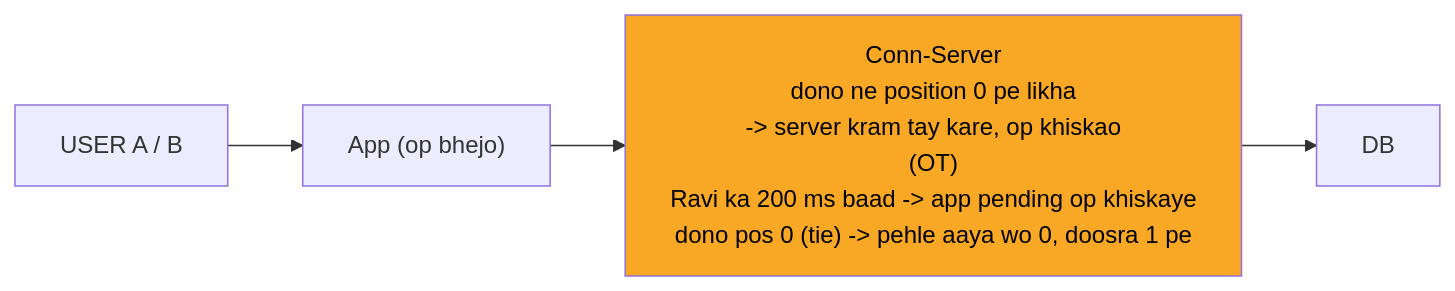
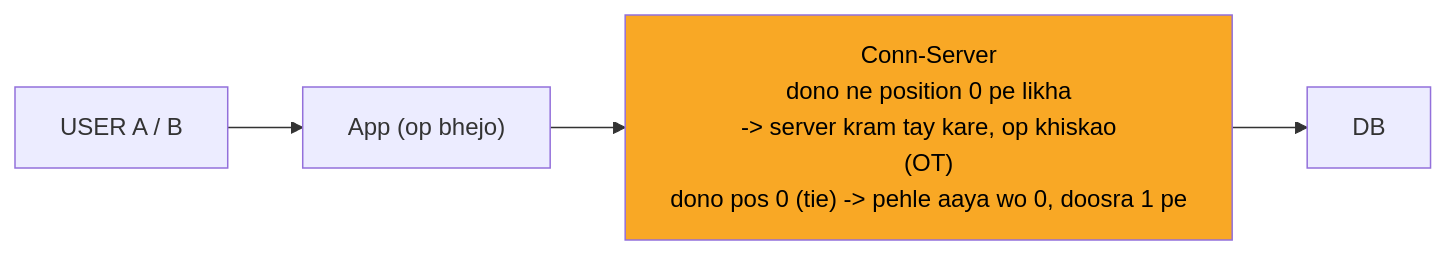
The fourth of 10 diagrams in 04_HLD/SYSTEM_DESIGNS/11_google_docs_collab/11_google_docs_collab.md (ArpanMaheshwari144/Prep), drawn with Mermaid before and after one commit. The commit also changed other lines of this file and 13 other files, not shown here.

````diff
--- a/04_HLD/SYSTEM_DESIGNS/11_google_docs_collab/11_google_docs_collab.md
+++ b/04_HLD/SYSTEM_DESIGNS/11_google_docs_collab/11_google_docs_collab.md
@@ -138,12 +138,12 @@
 ```mermaid
 %%{init: {"flowchart": {"wrappingWidth": 450}}}%%
 flowchart LR
     n_USER["USER A / B"]
     n_App["App (op bhejo)"]
-    n_CS["Conn-Server<br/>dono ne position 0 pe likha<br/>-> server kram tay kare, op khiskao<br/>(OT)<br/>Ravi ka 200 ms baad -> app pending op khiskaye<br/>dono pos 0 (tie) -> pehle aaya wo 0, doosra 1 pe"]
+    n_CS["Conn-Server<br/>dono ne position 0 pe likha<br/>-> server kram tay kare, op khiskao<br/>(OT)<br/>dono pos 0 (tie) -> pehle aaya wo 0, doosra 1 pe"]
     n_DB["DB"]
     n_USER --> n_App
     n_App --> n_CS
     n_CS --> n_DB
     style n_CS fill:#f9a825,color:#000
 ```
````
